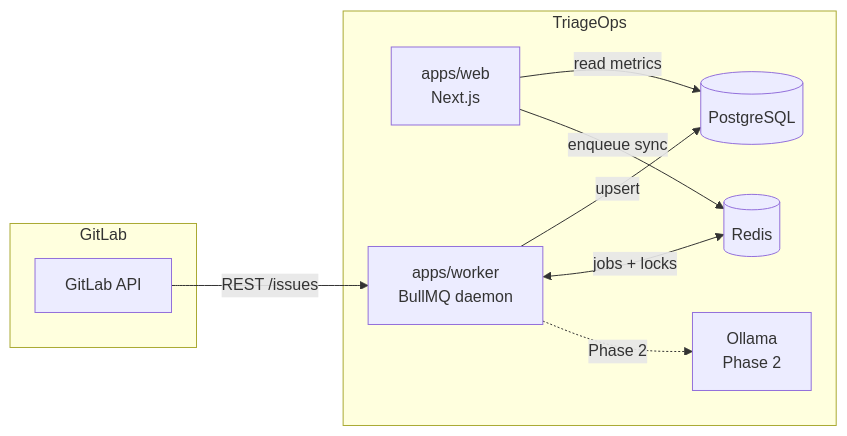
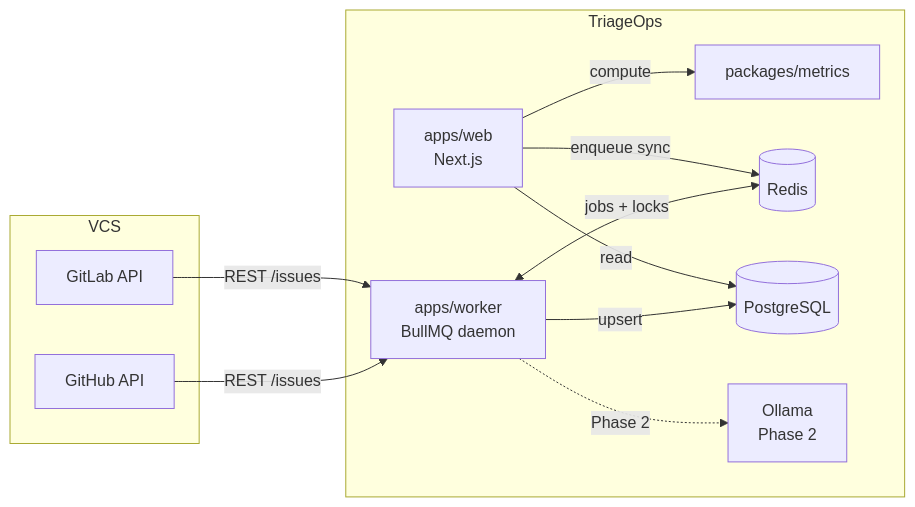
Before and after one commit to ktauchert/triage-ops: the diagram in docs/architecture.md, drawn with Mermaid. The commit also changed other lines of this file and 30 other files, not shown here.

````diff
--- a/docs/architecture.md
+++ b/docs/architecture.md
@@ -7,21 +7,25 @@
 ```mermaid
 flowchart LR
-  subgraph GitLab
+  subgraph VCS
+    GH[GitHub API]
     GL[GitLab API]
   end
 
   subgraph TriageOps
     WEB[apps/web\nNext.js]
     WORKER[apps/worker\nBullMQ daemon]
+    METRICS[packages/metrics]
     REDIS[(Redis)]
     PG[(PostgreSQL)]
     OLLAMA[Ollama\nPhase 2]
   end
 
+  GH -->|REST /issues| WORKER
   GL -->|REST /issues| WORKER
   WORKER -->|upsert| PG
   WORKER <-->|jobs + locks| REDIS
-  WEB -->|read metrics| PG
+  WEB -->|read| PG
+  WEB -->|compute| METRICS
   WEB -->|enqueue sync| REDIS
   WORKER -.->|Phase 2| OLLAMA
 ```
````
